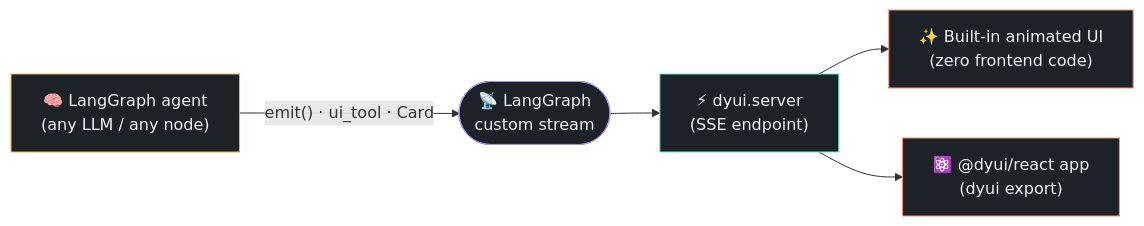
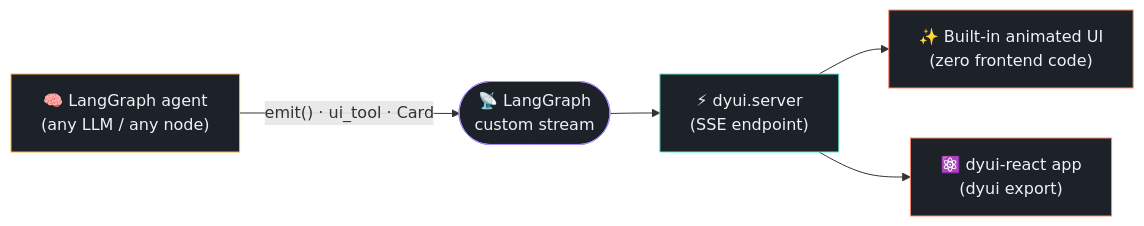
Before and after one commit to sohammmzzz/dyui: the first of 2 diagrams in README.md, drawn with Mermaid. The commit also changed other lines of this file and 10 other files, not shown here.

First line of the commit message:
feat(react): publish as dyui-react + document the npm package

````diff
--- a/README.md
+++ b/README.md
@@ -164,12 +165,12 @@
 ```mermaid
 flowchart LR
     A["🧠 LangGraph agent<br/>(any LLM / any node)"] -- "emit() · ui_tool · Card" --> B(["📡 LangGraph<br/>custom stream"])
     B --> C["⚡ dyui.server<br/>(SSE endpoint)"]
     C --> D["✨ Built-in animated UI<br/>(zero frontend code)"]
-    C --> E["⚛️ @dyui/react app<br/>(dyui export)"]
+    C --> E["⚛️ dyui-react app<br/>(dyui export)"]
     style A fill:#1d2128,stroke:#f5b544,color:#eef1f5
     style B fill:#1d2128,stroke:#a78bfa,color:#eef1f5
     style C fill:#1d2128,stroke:#5eead4,color:#eef1f5
     style D fill:#1d2128,stroke:#ff8a6b,color:#eef1f5
     style E fill:#1d2128,stroke:#ff8a6b,color:#eef1f5
 ```
````
